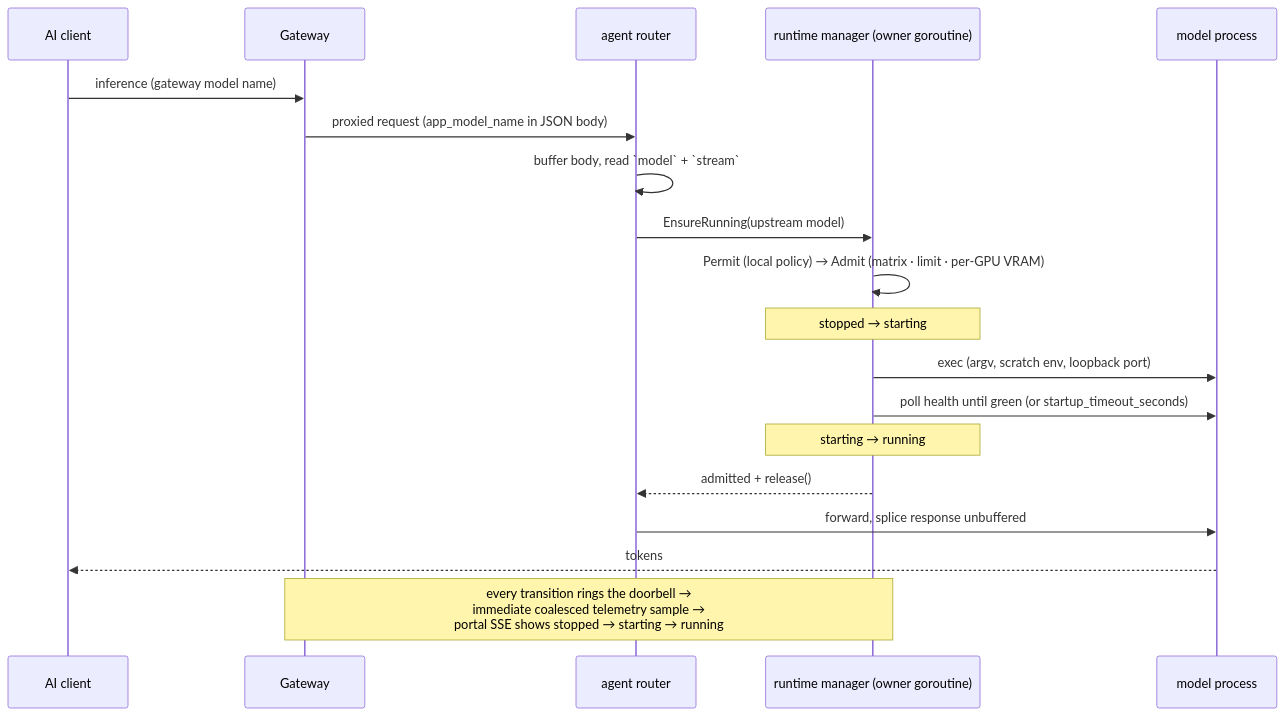
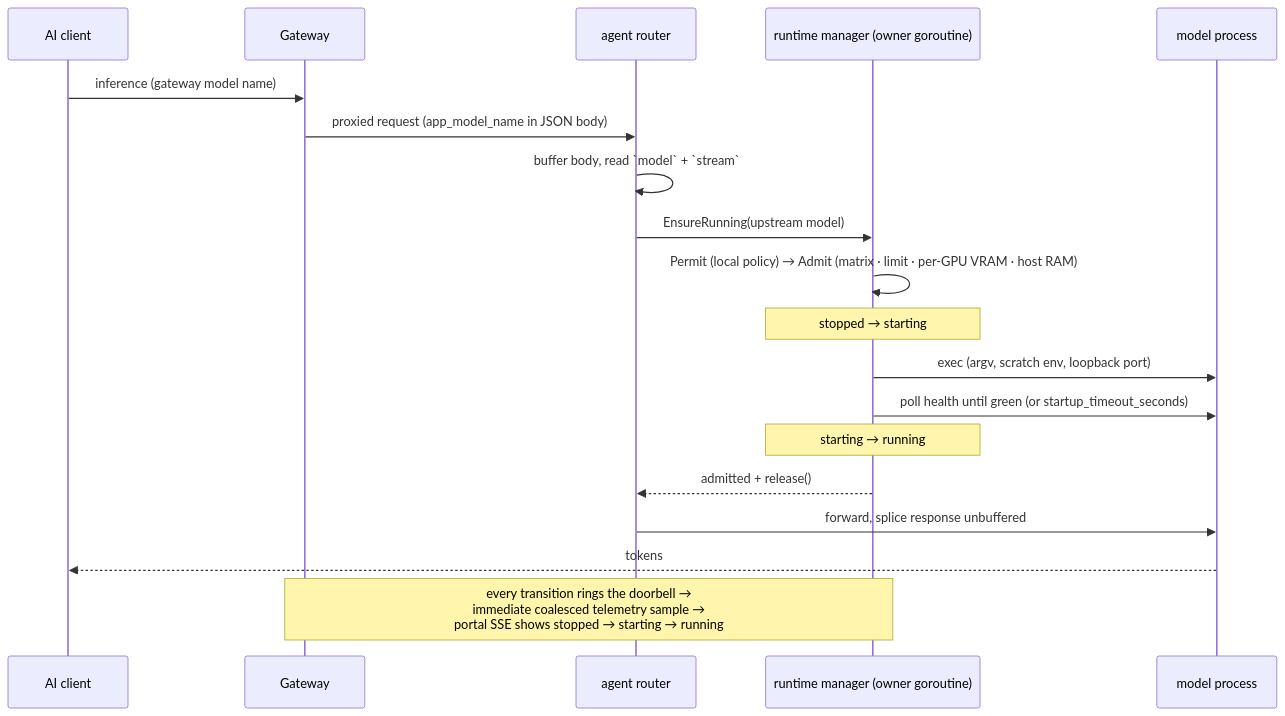
Before and after one commit to JLor08/op-ai-gateway: diagram 13 of 14 in docs/architecture/06-runtime-view.md, drawn with Mermaid. The commit also changed 68 other files, not shown here.

````diff
--- a/docs/architecture/06-runtime-view.md
+++ b/docs/architecture/06-runtime-view.md
@@ -831,22 +831,22 @@
 ```mermaid
 sequenceDiagram
     participant C as AI client
     participant GW as Gateway
     participant RT as agent router
     participant MG as runtime manager (owner goroutine)
     participant CH as model process
 
     C->>GW: inference (gateway model name)
     GW->>RT: proxied request (app_model_name in JSON body)
     RT->>RT: buffer body, read `model` + `stream`
     RT->>MG: EnsureRunning(upstream model)
-    MG->>MG: Permit (local policy) → Admit (matrix · limit · per-GPU VRAM)
+    MG->>MG: Permit (local policy) → Admit (matrix · limit · per-GPU VRAM · host RAM)
     Note over MG: stopped → starting
     MG->>CH: exec (argv, scratch env, loopback port)
     MG->>CH: poll health until green (or startup_timeout_seconds)
     Note over MG: starting → running
     MG-->>RT: admitted + release()
     RT->>CH: forward, splice response unbuffered
     CH-->>C: tokens
     Note over MG,GW: every transition rings the doorbell →<br/>immediate coalesced telemetry sample →<br/>portal SSE shows stopped → starting → running
 ```
````
